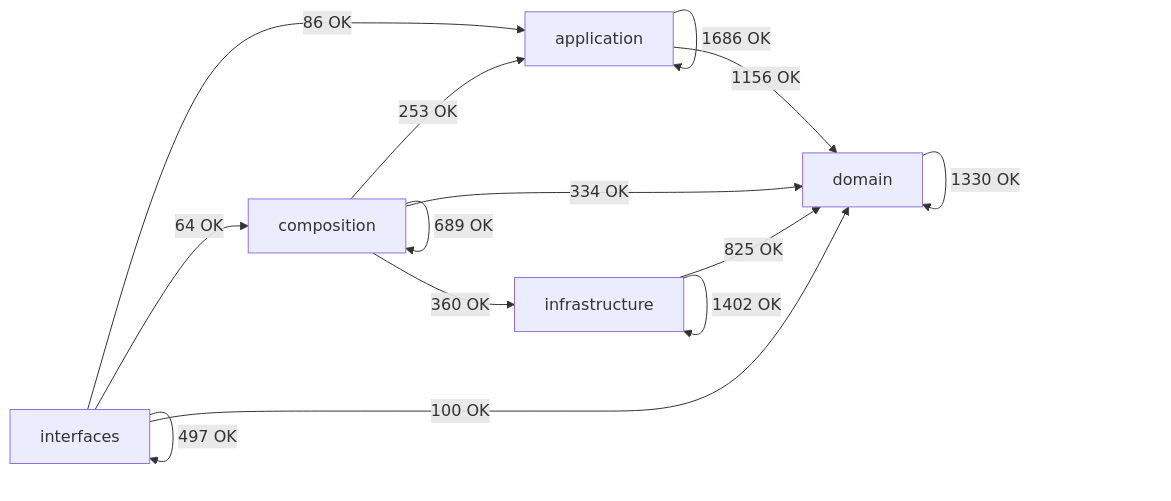
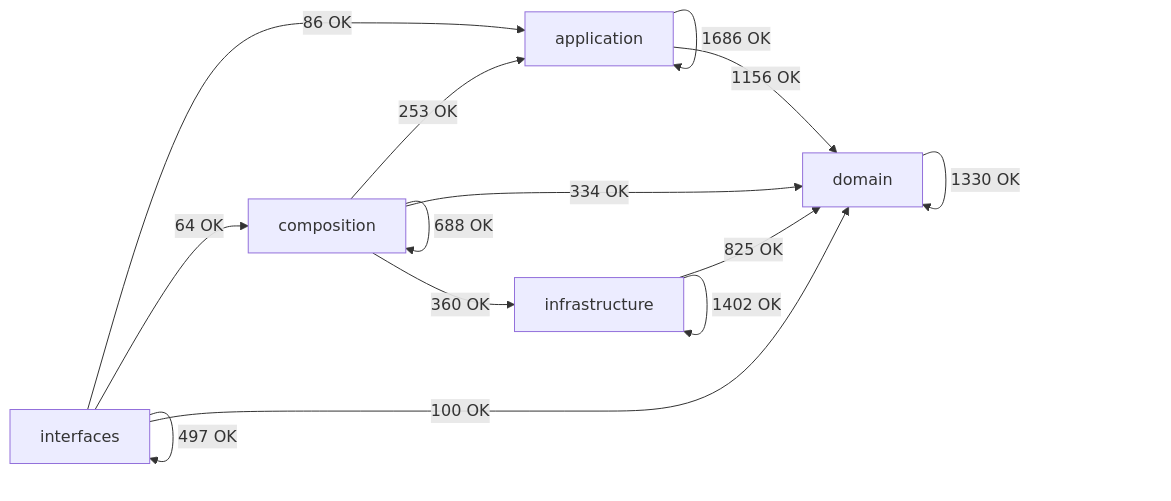
One commit to SatoryKono/BioactivityDataAcquisition changed the diagram in docs/02-architecture/generated/module-dependency-map.md. Above: the diagram before and after it, drawn with Mermaid. The commit also changed other lines of this file and 5 other files, not shown here.

````diff
--- a/docs/02-architecture/generated/module-dependency-map.md
+++ b/docs/02-architecture/generated/module-dependency-map.md
@@ -17,21 +17,21 @@
 ```mermaid
 flowchart LR
     domain[domain]
     application[application]
     infrastructure[infrastructure]
     composition[composition]
     interfaces[interfaces]
     application -->|1686 OK| application
     application -->|1156 OK| domain
     composition -->|253 OK| application
-    composition -->|689 OK| composition
+    composition -->|688 OK| composition
     composition -->|334 OK| domain
     composition -->|360 OK| infrastructure
     domain -->|1330 OK| domain
     infrastructure -->|825 OK| domain
     infrastructure -->|1402 OK| infrastructure
     interfaces -->|86 OK| application
     interfaces -->|64 OK| composition
     interfaces -->|100 OK| domain
     interfaces -->|497 OK| interfaces
 ```
````
